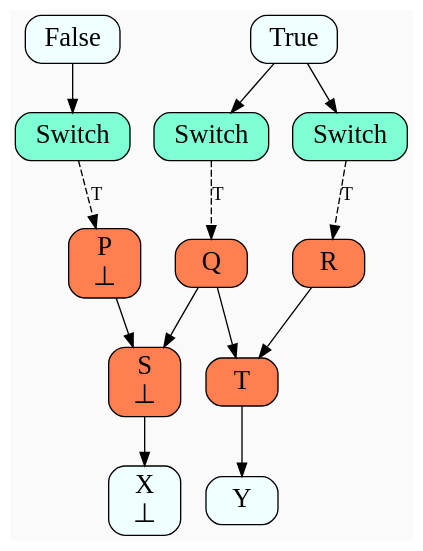
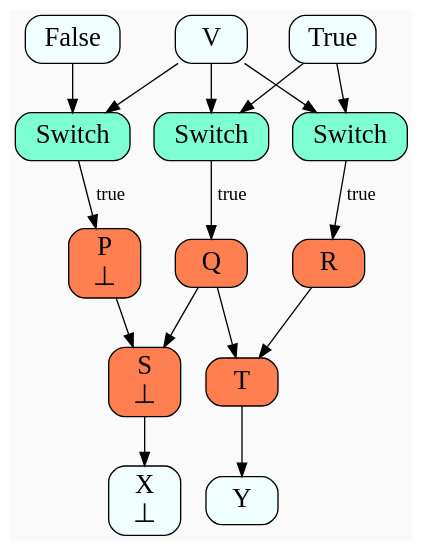
One commit to sanjoy/auto-clustering-presentation changed the diagram in zombie-nodes-a.dot. Above: the diagram before and after it, drawn with Graphviz. The commit also changed 14 other files, not shown here.

```diff
--- a/zombie-nodes-a.dot
+++ b/zombie-nodes-a.dot
@@ -1,30 +1,34 @@
 digraph {
   graph[bgcolor=gray98,compound=true]
   node[fontsize=20,shape=box,fillcolor=azure, style="filled,rounded"]
 
   False -> Switch0
   True -> Switch1
   True -> Switch2
   
   Switch0[fillcolor=aquamarine,label="Switch"]
   Switch1[fillcolor=aquamarine,label="Switch"]
   Switch2[fillcolor=aquamarine,label="Switch"]
 
   P[fillcolor=coral,label="P\n⊥"]
   Q[fillcolor=coral]
   R[fillcolor=coral]
   S[fillcolor=coral,label="S\n⊥"]
   T[fillcolor=coral]
 
   X[label="X\n⊥"]
 
-  Switch0 -> P[label="T",style=dashed]
-  Switch1 -> Q[label="T",style=dashed]
-  Switch2 -> R[label="T",style=dashed]
+  V -> Switch0
+  V -> Switch1
+  V -> Switch2
+
+  Switch0 -> P[label="true"]
+  Switch1 -> Q[label="true"]
+  Switch2 -> R[label="true"]
   P -> S
   Q -> S
   Q -> T
   R -> T
   S -> X
   T -> Y
 }
```
